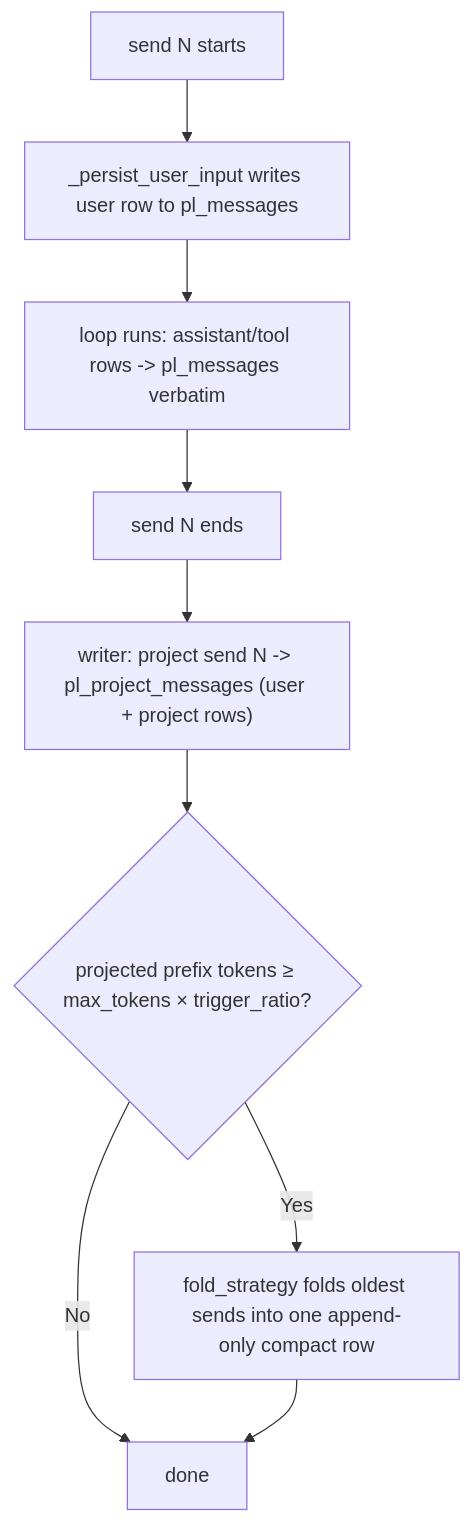
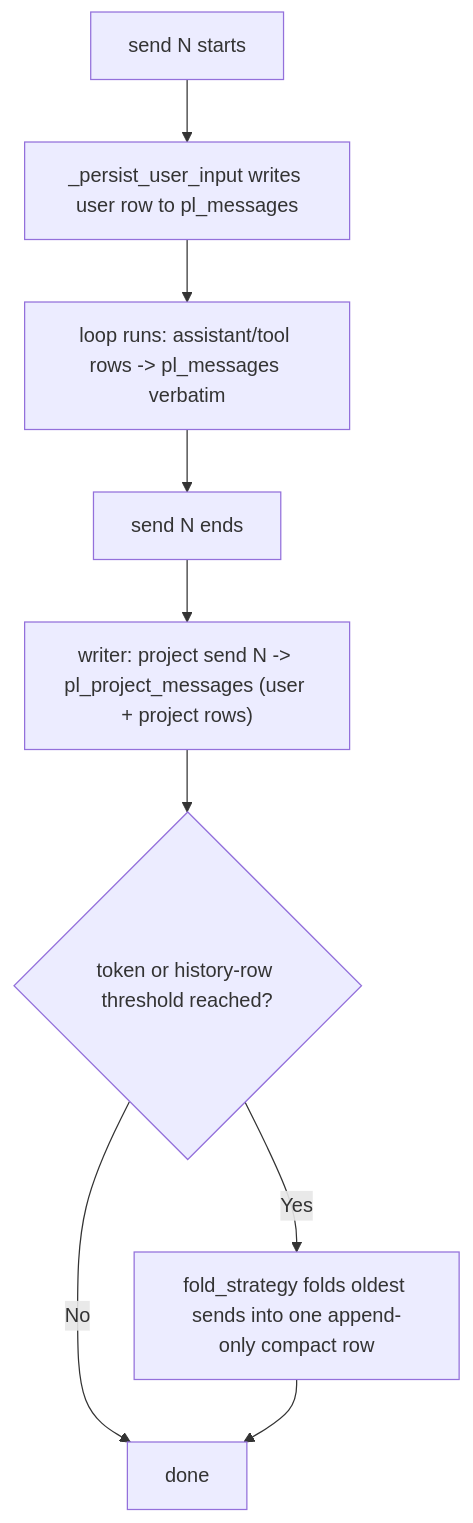
One commit to PL-play/power-loop changed the diagram in docs/en/user-guide/send-context-projection.md. Above: the diagram before and after it, drawn with Mermaid. The commit also changed other lines of this file and 7 other files, not shown here.

````diff
--- a/docs/en/user-guide/send-context-projection.md
+++ b/docs/en/user-guide/send-context-projection.md
@@ -41,11 +41,11 @@
 ```mermaid
 flowchart TD
     S[send N starts] --> P[_persist_user_input writes user row to pl_messages]
     P --> L[loop runs: assistant/tool rows -> pl_messages verbatim]
     L --> F[send N ends]
     F --> W["writer: project send N -> pl_project_messages (user + project rows)"]
-    W --> C{"projected prefix tokens ≥ max_tokens × trigger_ratio?"}
+    W --> C{"token or history-row threshold reached?"}
     C -->|Yes| K[fold_strategy folds oldest sends into one append-only compact row]
     C -->|No| Z[done]
     K --> Z
 ```
````
